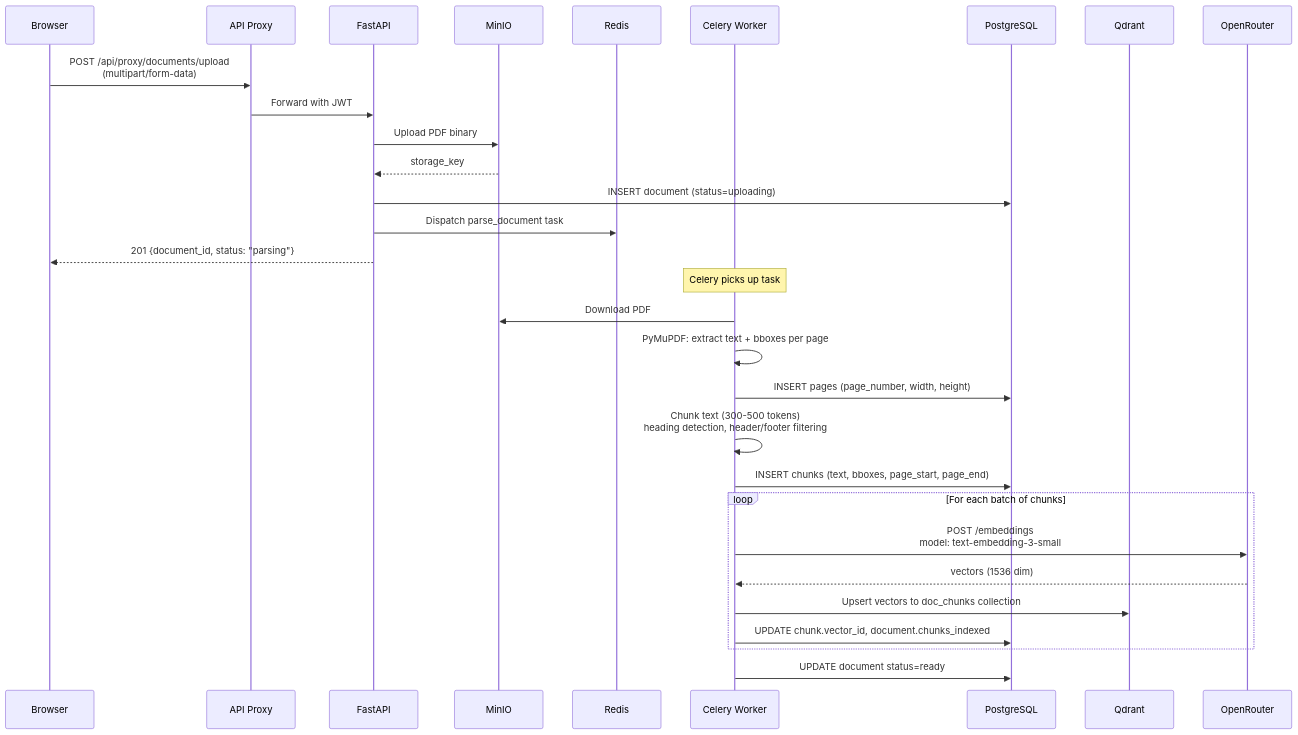
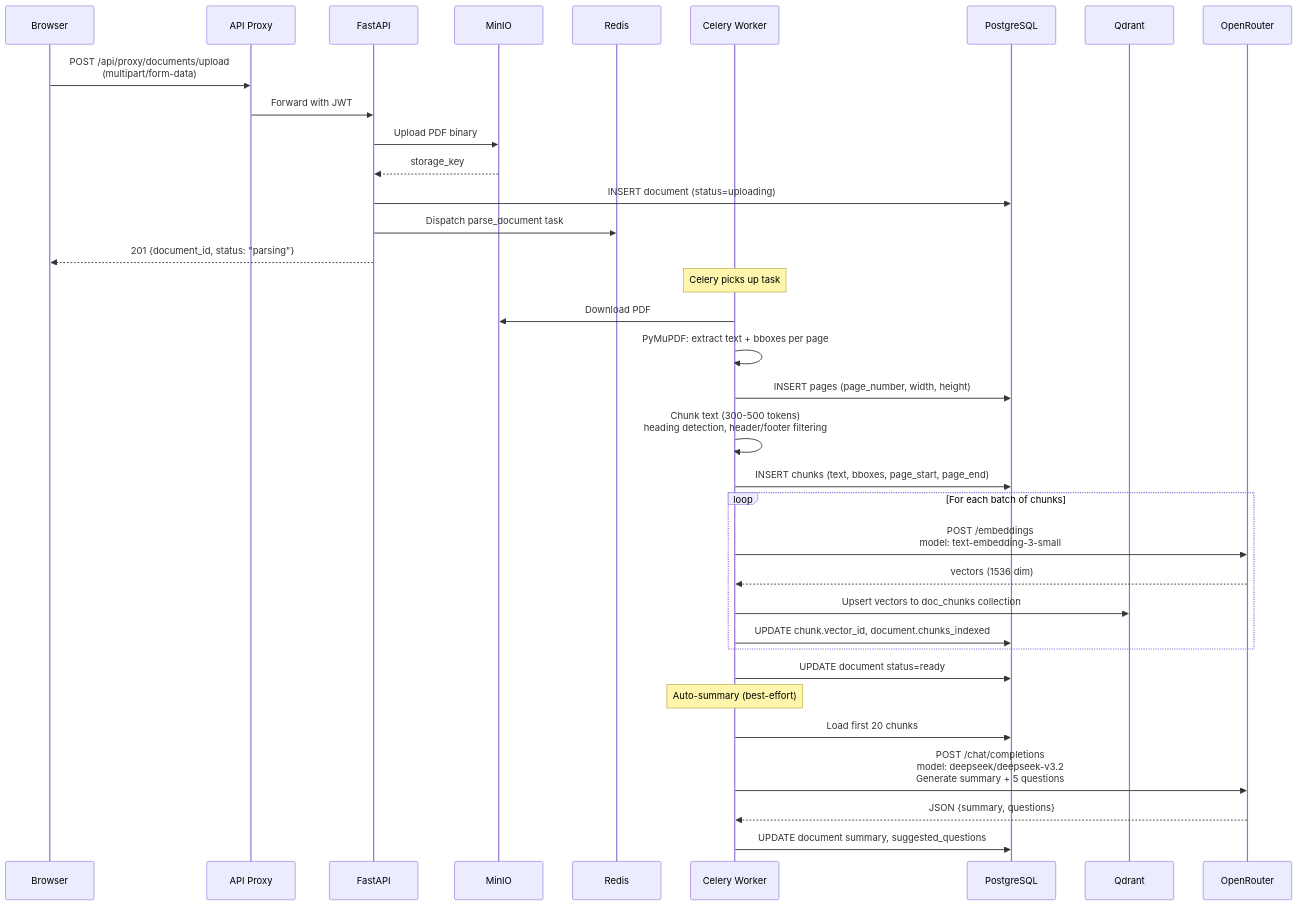
The second of 8 diagrams in docs/ARCHITECTURE.md (Rswcf/DocTalk), drawn with Mermaid before and after one commit. The commit also changed other lines of this file and 4 other files, not shown here.

````diff
--- a/docs/ARCHITECTURE.md
+++ b/docs/ARCHITECTURE.md
@@ -82,36 +82,42 @@
 ```mermaid
 sequenceDiagram
     participant B as Browser
     participant P as API Proxy
     participant API as FastAPI
     participant S3 as MinIO
     participant R as Redis
     participant W as Celery Worker
     participant DB as PostgreSQL
     participant Q as Qdrant
     participant OR as OpenRouter
 
     B->>P: POST /api/proxy/documents/upload<br/>(multipart/form-data)
     P->>API: Forward with JWT
     API->>S3: Upload PDF binary
     S3-->>API: storage_key
     API->>DB: INSERT document (status=uploading)
     API->>R: Dispatch parse_document task
     API-->>B: 201 {document_id, status: "parsing"}
 
     Note over W: Celery picks up task
     W->>S3: Download PDF
     W->>W: PyMuPDF: extract text + bboxes per page
     W->>DB: INSERT pages (page_number, width, height)
     W->>W: Chunk text (300-500 tokens)<br/>heading detection, header/footer filtering
     W->>DB: INSERT chunks (text, bboxes, page_start, page_end)
 
     loop For each batch of chunks
         W->>OR: POST /embeddings<br/>model: text-embedding-3-small
         OR-->>W: vectors (1536 dim)
         W->>Q: Upsert vectors to doc_chunks collection
         W->>DB: UPDATE chunk.vector_id, document.chunks_indexed
     end
 
     W->>DB: UPDATE document status=ready
+
+    Note over W: Auto-summary (best-effort)
+    W->>DB: Load first 20 chunks
+    W->>OR: POST /chat/completions<br/>model: deepseek/deepseek-v3.2<br/>Generate summary + 5 questions
+    OR-->>W: JSON {summary, questions}
+    W->>DB: UPDATE document summary, suggested_questions
 ```
````
